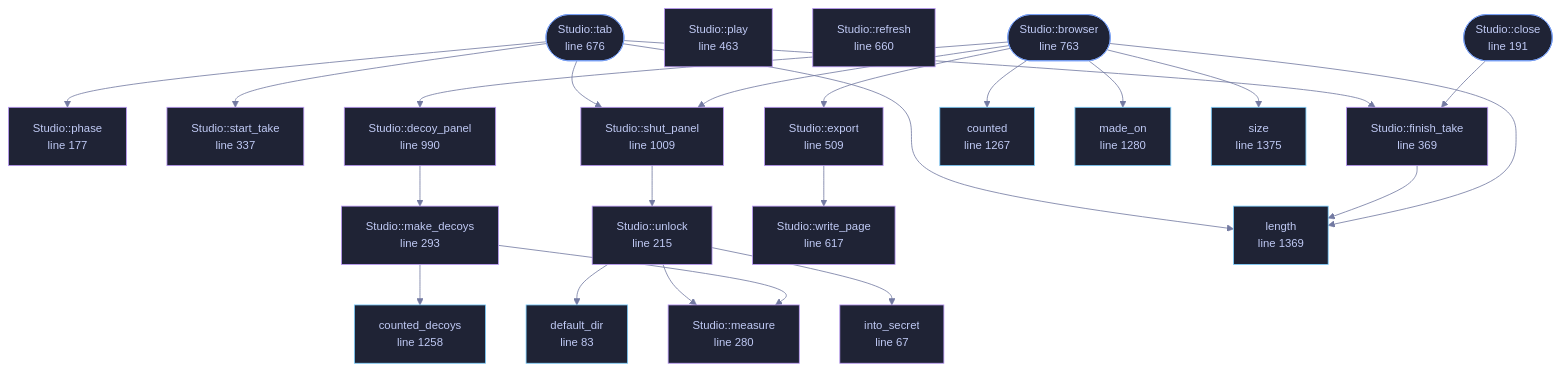
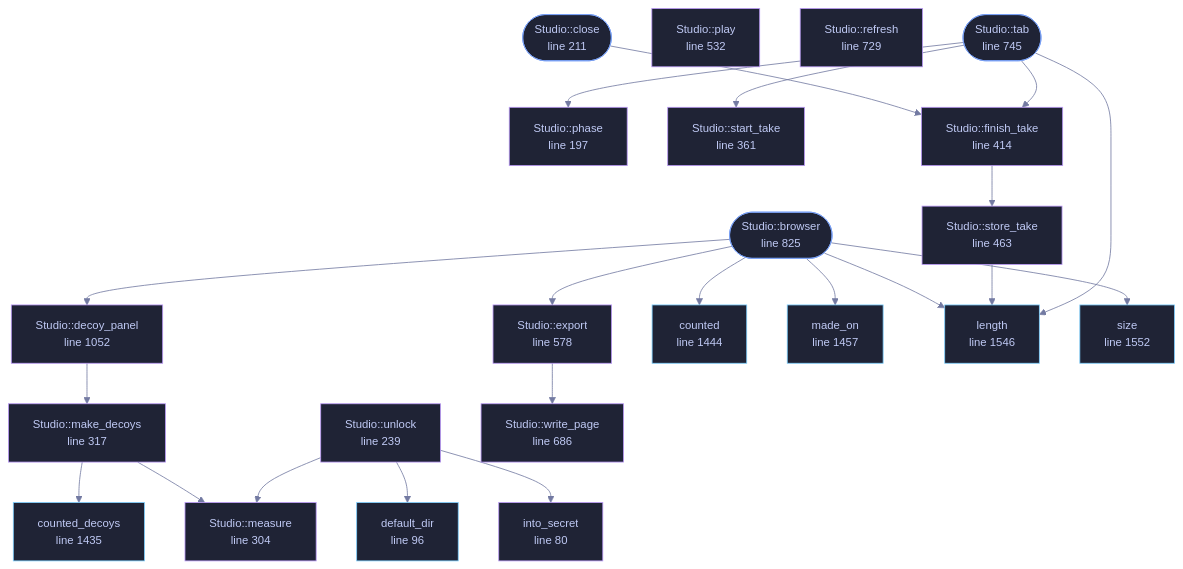
Before and after one commit to tilas01/veilvoice: the diagram in wiki/File-veilvoice-gui-studio.md, drawn with Mermaid. The commit also changed other lines of this file and 47 other files, not shown here.

````diff
--- a/wiki/File-veilvoice-gui-studio.md
+++ b/wiki/File-veilvoice-gui-studio.md
@@ -104,76 +122,74 @@
 ```mermaid
 %%{init: {"theme":"base","themeVariables":{"background":"#1a1b26","primaryColor":"#1f2335","primaryTextColor":"#c0caf5","primaryBorderColor":"#7aa2f7","secondaryColor":"#16161e","tertiaryColor":"#16161e","lineColor":"#737aa2","textColor":"#c0caf5","mainBkg":"#1f2335","nodeBorder":"#7aa2f7","clusterBkg":"#16161e","clusterBorder":"#2f3549","fontFamily":"ui-monospace, SFMono-Regular, Consolas, monospace","fontSize":"14px"}}}%%
 flowchart TD
-    n_into_secret["into_secret<br/>line 67"]
-    n_default_dir["default_dir<br/>line 83"]
-    n_phase["Studio::phase<br/>line 177"]
-    n_close(["Studio::close<br/>line 191"])
-    n_unlock["Studio::unlock<br/>line 215"]
-    n_measure["Studio::measure<br/>line 280"]
-    n_make_decoys["Studio::make_decoys<br/>line 293"]
-    n_start_take["Studio::start_take<br/>line 337"]
-    n_finish_take["Studio::finish_take<br/>line 369"]
-    n_play["Studio::play<br/>line 463"]
-    n_export["Studio::export<br/>line 509"]
-    n_write_page["Studio::write_page<br/>line 617"]
-    n_refresh["Studio::refresh<br/>line 660"]
-    n_tab(["Studio::tab<br/>line 676"])
-    n_browser(["Studio::browser<br/>line 763"])
-    n_decoy_panel["Studio::decoy_panel<br/>line 990"]
-    n_shut_panel["Studio::shut_panel<br/>line 1009"]
-    n_counted_decoys["counted_decoys<br/>line 1258"]
-    n_counted["counted<br/>line 1267"]
-    n_made_on["made_on<br/>line 1280"]
-    n_length["length<br/>line 1369"]
-    n_size["size<br/>line 1375"]
+    n_into_secret["into_secret<br/>line 80"]
+    n_default_dir["default_dir<br/>line 96"]
+    n_phase["Studio::phase<br/>line 197"]
+    n_close(["Studio::close<br/>line 211"])
+    n_unlock["Studio::unlock<br/>line 239"]
+    n_measure["Studio::measure<br/>line 304"]
+    n_make_decoys["Studio::make_decoys<br/>line 317"]
+    n_start_take["Studio::start_take<br/>line 361"]
+    n_finish_take["Studio::finish_take<br/>line 414"]
+    n_store_take["Studio::store_take<br/>line 463"]
+    n_play["Studio::play<br/>line 532"]
+    n_export["Studio::export<br/>line 578"]
+    n_write_page["Studio::write_page<br/>line 686"]
+    n_refresh["Studio::refresh<br/>line 729"]
+    n_tab(["Studio::tab<br/>line 745"])
+    n_browser(["Studio::browser<br/>line 825"])
+    n_decoy_panel["Studio::decoy_panel<br/>line 1052"]
+    n_counted_decoys["counted_decoys<br/>line 1435"]
+    n_counted["counted<br/>line 1444"]
+    n_made_on["made_on<br/>line 1457"]
+    n_length["length<br/>line 1546"]
+    n_size["size<br/>line 1552"]
     n_browser --> n_counted
     n_browser --> n_decoy_panel
     n_browser --> n_export
     n_browser --> n_length
     n_browser --> n_made_on
-    n_browser --> n_shut_panel
     n_browser --> n_size
     n_close --> n_finish_take
     n_decoy_panel --> n_make_decoys
     n_export --> n_write_page
-    n_finish_take --> n_length
+    n_finish_take --> n_store_take
     n_make_decoys --> n_counted_decoys
     n_make_decoys --> n_measure
-    n_shut_panel --> n_unlock
+    n_store_take --> n_length
     n_tab --> n_finish_take
     n_tab --> n_length
     n_tab --> n_phase
-    n_tab --> n_shut_panel
     n_tab --> n_start_take
     n_unlock --> n_default_dir
     n_unlock --> n_into_secret
     n_unlock --> n_measure
-    click n_into_secret href "https://github.com/tilas01/veilvoice/blob/main/crates/veilvoice-gui/src/studio.rs#L67" "open the source"
-    click n_default_dir href "https://github.com/tilas01/veilvoice/blob/main/crates/veilvoice-gui/src/studio.rs#L83" "open the source"
-    click n_phase href "https://github.com/tilas01/veilvoice/blob/main/crates/veilvoice-gui/src/studio.rs#L177" "open the source"
-    click n_close href "https://github.com/tilas01/veilvoice/blob/main/crates/veilvoice-gui/src/studio.rs#L191" "open the source"
-    click n_unlock href "https://github.com/tilas01/veilvoice/blob/main/crates/veilvoice-gui/src/studio.rs#L215" "open the source"
-    click n_measure href "https://github.com/tilas01/veilvoice/blob/main/crates/veilvoice-gui/src/studio.rs#L280" "open the source"
-    click n_make_decoys href "https://github.com/tilas01/veilvoice/blob/main/crates/veilvoice-gui/src/studio.rs#L293" "open the source"
-    click n_start_take href "https://github.com/tilas01/veilvoice/blob/main/crates/veilvoice-gui/src/studio.rs#L337" "open the source"
-    click n_finish_take href "https://github.com/tilas01/veilvoice/blob/main/crates/veilvoice-gui/src/studio.rs#L369" "open the source"
-    click n_play href "https://github.com/tilas01/veilvoice/blob/main/crates/veilvoice-gui/src/studio.rs#L463" "open the source"
-    click n_export href "https://github.com/tilas01/veilvoice/blob/main/crates/veilvoice-gui/src/studio.rs#L509" "open the source"
-    click n_write_page href "https://github.com/tilas01/veilvoice/blob/main/crates/veilvoice-gui/src/studio.rs#L617" "open the source"
-    click n_refresh href "https://github.com/tilas01/veilvoice/blob/main/crates/veilvoice-gui/src/studio.rs#L660" "open the source"
-    click n_tab href "https://github.com/tilas01/veilvoice/blob/main/crates/veilvoice-gui/src/studio.rs#L676" "open the source"
-    click n_browser href "https://github.com/tilas01/veilvoice/blob/main/crates/veilvoice-gui/src/studio.rs#L763" "open the source"
-    click n_decoy_panel href "https://github.com/tilas01/veilvoice/blob/main/crates/veilvoice-gui/src/studio.rs#L990" "open the source"
-    click n_shut_panel href "https://github.com/tilas01/veilvoice/blob/main/crates/veilvoice-gui/src/studio.rs#L1009" "open the source"
-    click n_counted_decoys href "https://github.com/tilas01/veilvoice/blob/main/crates/veilvoice-gui/src/studio.rs#L1258" "open the source"
-    click n_counted href "https://github.com/tilas01/veilvoice/blob/main/crates/veilvoice-gui/src/studio.rs#L1267" "open the source"
-    click n_made_on href "https://github.com/tilas01/veilvoice/blob/main/crates/veilvoice-gui/src/studio.rs#L1280" "open the source"
-    click n_length href "https://github.com/tilas01/veilvoice/blob/main/crates/veilvoice-gui/src/studio.rs#L1369" "open the source"
-    click n_size href "https://github.com/tilas01/veilvoice/blob/main/crates/veilvoice-gui/src/studio.rs#L1375" "open the source"
+    click n_into_secret href "https://github.com/tilas01/veilvoice/blob/main/crates/veilvoice-gui/src/studio.rs#L80" "open the source"
+    click n_default_dir href "https://github.com/tilas01/veilvoice/blob/main/crates/veilvoice-gui/src/studio.rs#L96" "open the source"
+    click n_phase href "https://github.com/tilas01/veilvoice/blob/main/crates/veilvoice-gui/src/studio.rs#L197" "open the source"
+    click n_close href "https://github.com/tilas01/veilvoice/blob/main/crates/veilvoice-gui/src/studio.rs#L211" "open the source"
+    click n_unlock href "https://github.com/tilas01/veilvoice/blob/main/crates/veilvoice-gui/src/studio.rs#L239" "open the source"
+    click n_measure href "https://github.com/tilas01/veilvoice/blob/main/crates/veilvoice-gui/src/studio.rs#L304" "open the source"
+    click n_make_decoys href "https://github.com/tilas01/veilvoice/blob/main/crates/veilvoice-gui/src/studio.rs#L317" "open the source"
+    click n_start_take href "https://github.com/tilas01/veilvoice/blob/main/crates/veilvoice-gui/src/studio.rs#L361" "open the source"
+    click n_finish_take href "https://github.com/tilas01/veilvoice/blob/main/crates/veilvoice-gui/src/studio.rs#L414" "open the source"
+    click n_store_take href "https://github.com/tilas01/veilvoice/blob/main/crates/veilvoice-gui/src/studio.rs#L463" "open the source"
+    click n_play href "https://github.com/tilas01/veilvoice/blob/main/crates/veilvoice-gui/src/studio.rs#L532" "open the source"
+    click n_export href "https://github.com/tilas01/veilvoice/blob/main/crates/veilvoice-gui/src/studio.rs#L578" "open the source"
+    click n_write_page href "https://github.com/tilas01/veilvoice/blob/main/crates/veilvoice-gui/src/studio.rs#L686" "open the source"
+    click n_refresh href "https://github.com/tilas01/veilvoice/blob/main/crates/veilvoice-gui/src/studio.rs#L729" "open the source"
+    click n_tab href "https://github.com/tilas01/veilvoice/blob/main/crates/veilvoice-gui/src/studio.rs#L745" "open the source"
+    click n_browser href "https://github.com/tilas01/veilvoice/blob/main/crates/veilvoice-gui/src/studio.rs#L825" "open the source"
+    click n_decoy_panel href "https://github.com/tilas01/veilvoice/blob/main/crates/veilvoice-gui/src/studio.rs#L1052" "open the source"
+    click n_counted_decoys href "https://github.com/tilas01/veilvoice/blob/main/crates/veilvoice-gui/src/studio.rs#L1435" "open the source"
+    click n_counted href "https://github.com/tilas01/veilvoice/blob/main/crates/veilvoice-gui/src/studio.rs#L1444" "open the source"
+    click n_made_on href "https://github.com/tilas01/veilvoice/blob/main/crates/veilvoice-gui/src/studio.rs#L1457" "open the source"
+    click n_length href "https://github.com/tilas01/veilvoice/blob/main/crates/veilvoice-gui/src/studio.rs#L1546" "open the source"
+    click n_size href "https://github.com/tilas01/veilvoice/blob/main/crates/veilvoice-gui/src/studio.rs#L1552" "open the source"
     classDef entry fill:#1f2335,stroke:#7aa2f7,color:#c0caf5
     class n_close,n_tab,n_browser entry
     classDef api fill:#1f2335,stroke:#7dcfff,color:#c0caf5
     class n_default_dir,n_counted_decoys,n_counted,n_made_on,n_length,n_size api
     classDef helper fill:#1f2335,stroke:#bb9af7,color:#c0caf5
-    class n_into_secret,n_phase,n_unlock,n_measure,n_make_decoys,n_start_take,n_finish_take,n_play,n_export,n_write_page,n_refresh,n_decoy_panel,n_shut_panel helper
+    class n_into_secret,n_phase,n_unlock,n_measure,n_make_decoys,n_start_take,n_finish_take,n_store_take,n_play,n_export,n_write_page,n_refresh,n_decoy_panel helper
 ```
````
